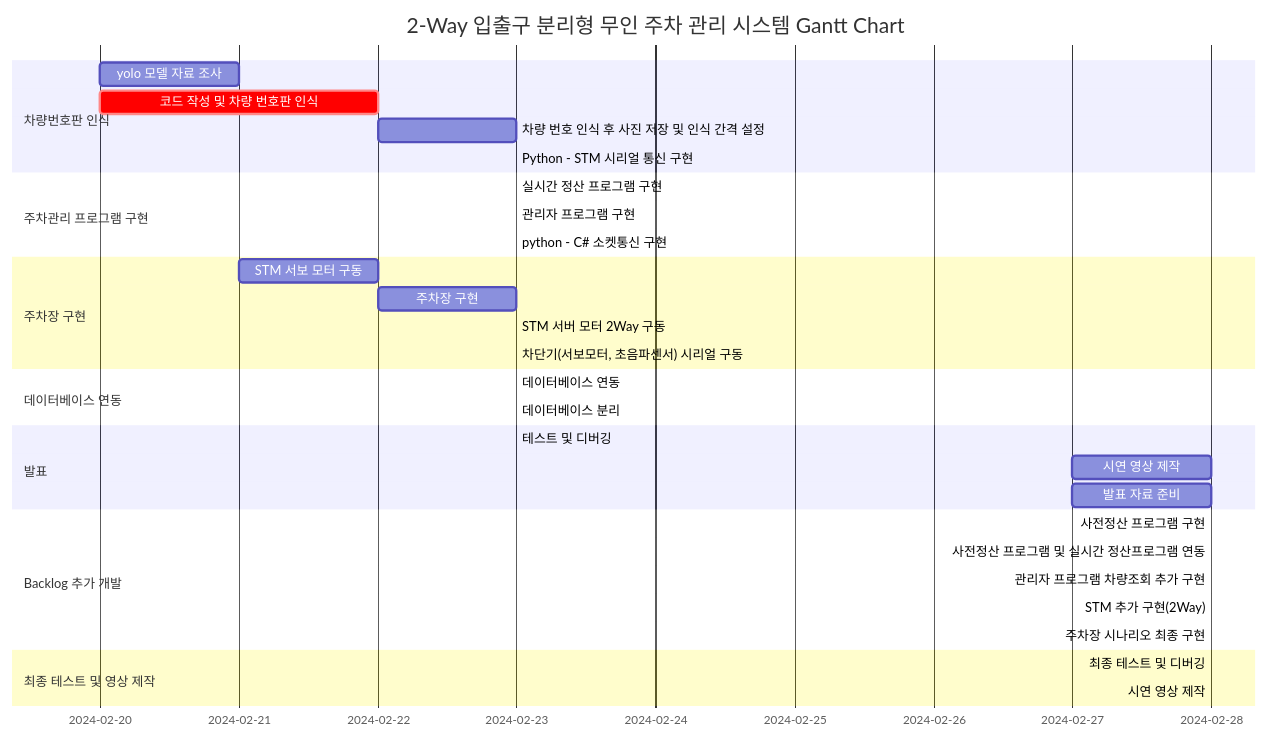
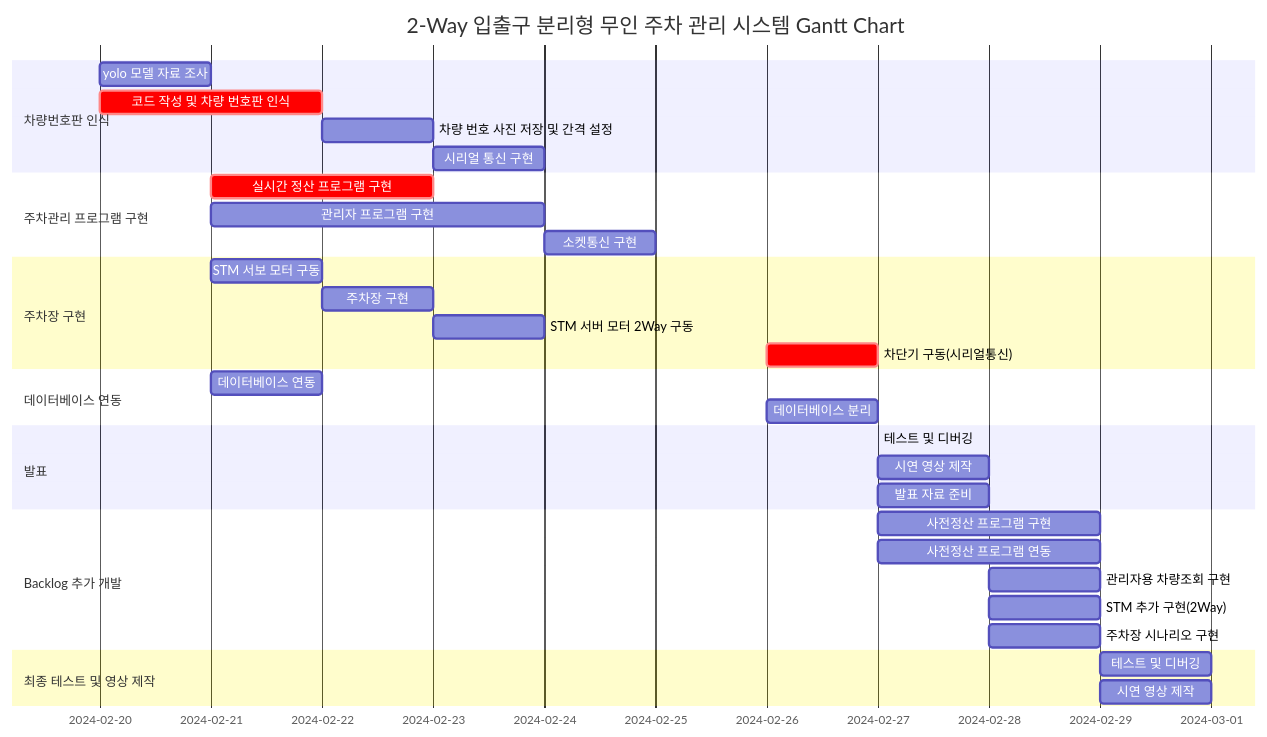
One commit to jykimqwer/ParkingManagementSystem changed the diagram in README.md. Above: the diagram before and after it, drawn with Mermaid.

````diff
--- a/README.md
+++ b/README.md
@@ -77,43 +77,43 @@
 ```mermaid
 gantt
     dateFormat  MM-DD-YYYY
     title       2-Way 입출구 분리형 무인 주차 관리 시스템 Gantt Chart
 	
 	section 차량번호판 인식 
 		yolo 모델 자료 조사 :2024-02-20, 1d
                 코드 작성 및 차량 번호판 인식  :crit, 2024-02-20, 2d
-		차량 번호 인식 후 사진 저장 및 인식 간격 설정 : 2024-02-22, 1d
-		Python - STM 시리얼 통신 구현 : 2024-02-23 1d
+		차량 번호 사진 저장 및 간격 설정 : 2024-02-22, 1d
+		시리얼 통신 구현 : 2024-02-23, 1d
 	
 	section 주차관리 프로그램 구현
-		실시간 정산 프로그램 구현 : crit, 2024-02-21 2d
-		관리자 프로그램 구현 : 2024-02-21 3d
-		python - C# 소켓통신 구현 : 2024-02-24 1d
+		실시간 정산 프로그램 구현 : crit, 2024-02-21, 2d
+		관리자 프로그램 구현 : 2024-02-21, 3d
+		소켓통신 구현 : 2024-02-24, 1d
 
 	section 주차장 구현
 		STM 서보 모터 구동 : 2024-02-21, 1d
 		주차장 구현 :2024-02-22, 1d
-		STM 서버 모터 2Way 구동 : 2024-02-23 1d
-		차단기(서보모터, 초음파센서) 시리얼 구동 : crit, 2024-02-26 1d
+		STM 서버 모터 2Way 구동 : 2024-02-23, 1d
+		차단기 구동(시리얼통신) : crit, 2024-02-26, 1d
 
 	section 데이터베이스 연동
-		데이터베이스 연동 : 2024-02-21 1d
-		데이터베이스 분리 : 2024-02-26 1d
+		데이터베이스 연동 : 2024-02-21, 1d
+		데이터베이스 분리 : 2024-02-26, 1d
 
 	section 발표
 		테스트 및 디버깅 : 2024-02-26 1d
 		시연 영상 제작 : 2024-02-27, 1d
 		발표 자료 준비 : 2024-02-27, 1d
 
 	section Backlog 추가 개발
-                사전정산 프로그램 구현 : 2024-02-27 2d
-		사전정산 프로그램 및 실시간 정산프로그램 연동 : 2024-02-27 2d
-		관리자 프로그램 차량조회 추가 구현 : 2024-02-28 1d
-		STM 추가 구현(2Way) : 2024-02-28 1d
-		주차장 시나리오 최종 구현 : 2024-02-28 1d
+                사전정산 프로그램 구현 : 2024-02-27, 2d
+		사전정산 프로그램 연동 : 2024-02-27, 2d
+		관리자용 차량조회 구현 : 2024-02-28, 1d
+		STM 추가 구현(2Way) : 2024-02-28, 1d
+		주차장 시나리오 구현 : 2024-02-28, 1d
 
 	section 최종 테스트 및 영상 제작
-		최종 테스트 및 디버깅 : 2024-02-29 1d
-		시연 영상 제작 : 2024-02-29 1d
+		테스트 및 디버깅 : 2024-02-29, 1d
+		시연 영상 제작 : 2024-02-29, 1d
 
 ```
````
